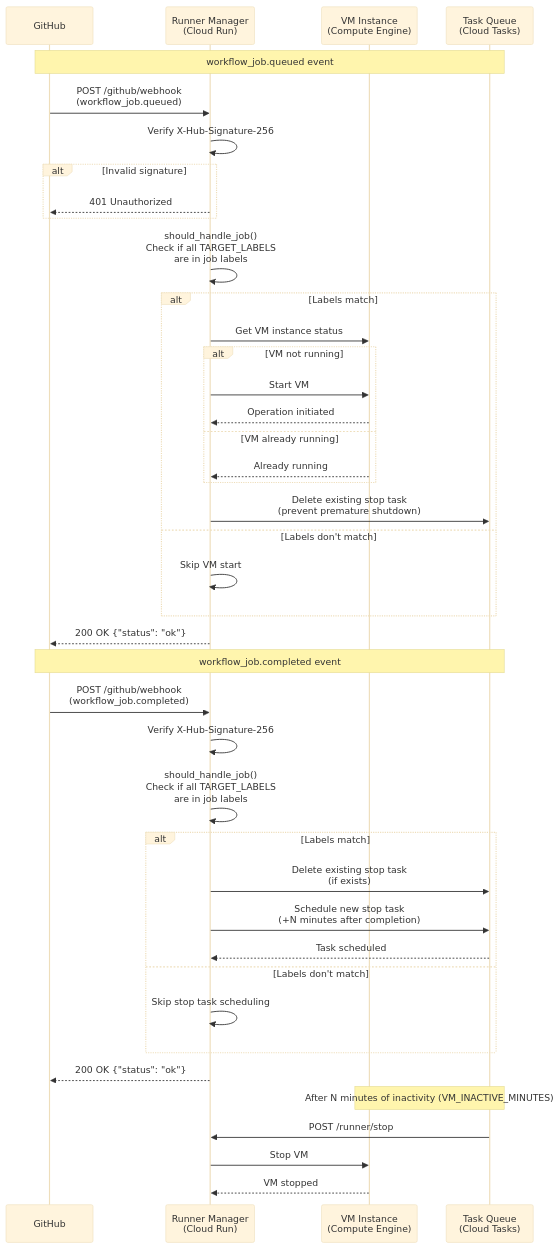
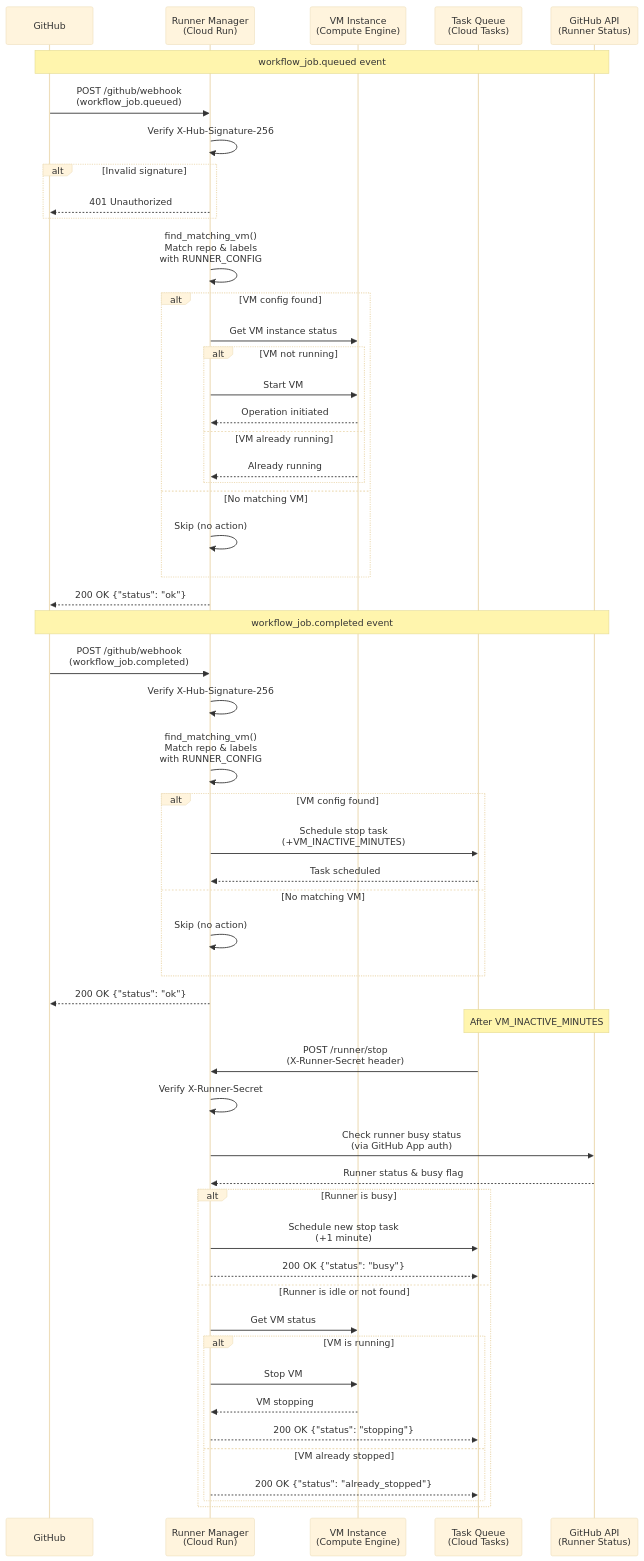
Before and after one commit to nakamasato/gha-vm-self-hosted-runner: the third of 3 diagrams in app/runner-manager/README.md, drawn with Mermaid (base theme).

Commit message:
Update webhook processing sequence diagram
- Replace should_handle_job() with find_matching_vm()

- Update to use RUNNER_CONFIG instead of TARGET_LABELS

- Add GitHub API participant for runner status checks

- Add detailed /runner/stop flow with busy check and retry logic

- Remove outdated 'delete existing stop task' steps

- Clarify authentication with X-Runner-Secret header

🤖 Generated with [Claude Code](https://claude.com/claude-code)

````diff
--- a/app/runner-manager/README.md
+++ b/app/runner-manager/README.md
@@ -216,54 +216,68 @@
 ```mermaid
 sequenceDiagram
     participant GitHub
     participant CloudRun as Runner Manager<br/>(Cloud Run)
     participant ComputeEngine as VM Instance<br/>(Compute Engine)
     participant CloudTasks as Task Queue<br/>(Cloud Tasks)
+    participant GitHubAPI as GitHub API<br/>(Runner Status)
 
-    Note over GitHub,CloudTasks: workflow_job.queued event
+    Note over GitHub,GitHubAPI: workflow_job.queued event
     GitHub->>CloudRun: POST /github/webhook<br/>(workflow_job.queued)
     CloudRun->>CloudRun: Verify X-Hub-Signature-256
 
     alt Invalid signature
         CloudRun-->>GitHub: 401 Unauthorized
     end
 
-    CloudRun->>CloudRun: should_handle_job()<br/>Check if all TARGET_LABELS<br/>are in job labels
+    CloudRun->>CloudRun: find_matching_vm()<br/>Match repo & labels<br/>with RUNNER_CONFIG
 
-    alt Labels match
+    alt VM config found
         CloudRun->>ComputeEngine: Get VM instance status
 
         alt VM not running
             CloudRun->>ComputeEngine: Start VM
             ComputeEngine-->>CloudRun: Operation initiated
         else VM already running
             ComputeEngine-->>CloudRun: Already running
         end
-
-        CloudRun->>CloudTasks: Delete existing stop task<br/>(prevent premature shutdown)
-    else Labels don't match
-        CloudRun->>CloudRun: Skip VM start
+    else No matching VM
+        CloudRun->>CloudRun: Skip (no action)
     end
 
     CloudRun-->>GitHub: 200 OK {"status": "ok"}
 
-    Note over GitHub,CloudTasks: workflow_job.completed event
+    Note over GitHub,GitHubAPI: workflow_job.completed event
     GitHub->>CloudRun: POST /github/webhook<br/>(workflow_job.completed)
     CloudRun->>CloudRun: Verify X-Hub-Signature-256
-    CloudRun->>CloudRun: should_handle_job()<br/>Check if all TARGET_LABELS<br/>are in job labels
+    CloudRun->>CloudRun: find_matching_vm()<br/>Match repo & labels<br/>with RUNNER_CONFIG
 
-    alt Labels match
-        CloudRun->>CloudTasks: Delete existing stop task<br/>(if exists)
-        CloudRun->>CloudTasks: Schedule new stop task<br/>(+N minutes after completion)
+    alt VM config found
+        CloudRun->>CloudTasks: Schedule stop task<br/>(+VM_INACTIVE_MINUTES)
         CloudTasks-->>CloudRun: Task scheduled
-    else Labels don't match
-        CloudRun->>CloudRun: Skip stop task scheduling
+    else No matching VM
+        CloudRun->>CloudRun: Skip (no action)
     end
 
     CloudRun-->>GitHub: 200 OK {"status": "ok"}
 
-    Note over CloudTasks,ComputeEngine: After N minutes of inactivity (VM_INACTIVE_MINUTES)
-    CloudTasks->>CloudRun: POST /runner/stop
-    CloudRun->>ComputeEngine: Stop VM
-    ComputeEngine-->>CloudRun: VM stopped
+    Note over CloudTasks,GitHubAPI: After VM_INACTIVE_MINUTES
+    CloudTasks->>CloudRun: POST /runner/stop<br/>(X-Runner-Secret header)
+    CloudRun->>CloudRun: Verify X-Runner-Secret
+
+    CloudRun->>GitHubAPI: Check runner busy status<br/>(via GitHub App auth)
+    GitHubAPI-->>CloudRun: Runner status & busy flag
+
+    alt Runner is busy
+        CloudRun->>CloudTasks: Schedule new stop task<br/>(+1 minute)
+        CloudRun-->>CloudTasks: 200 OK {"status": "busy"}
+    else Runner is idle or not found
+        CloudRun->>ComputeEngine: Get VM status
+        alt VM is running
+            CloudRun->>ComputeEngine: Stop VM
+            ComputeEngine-->>CloudRun: VM stopping
+            CloudRun-->>CloudTasks: 200 OK {"status": "stopping"}
+        else VM already stopped
+            CloudRun-->>CloudTasks: 200 OK {"status": "already_stopped"}
+        end
+    end
 ```
````
